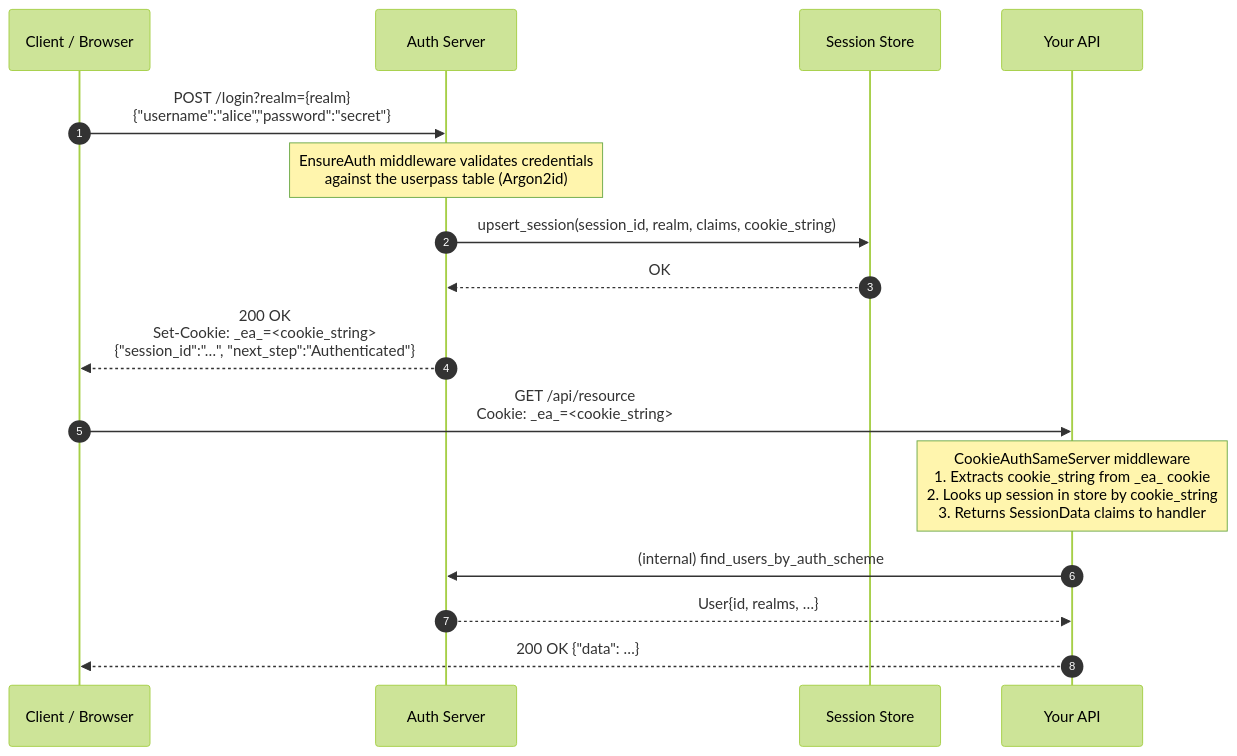
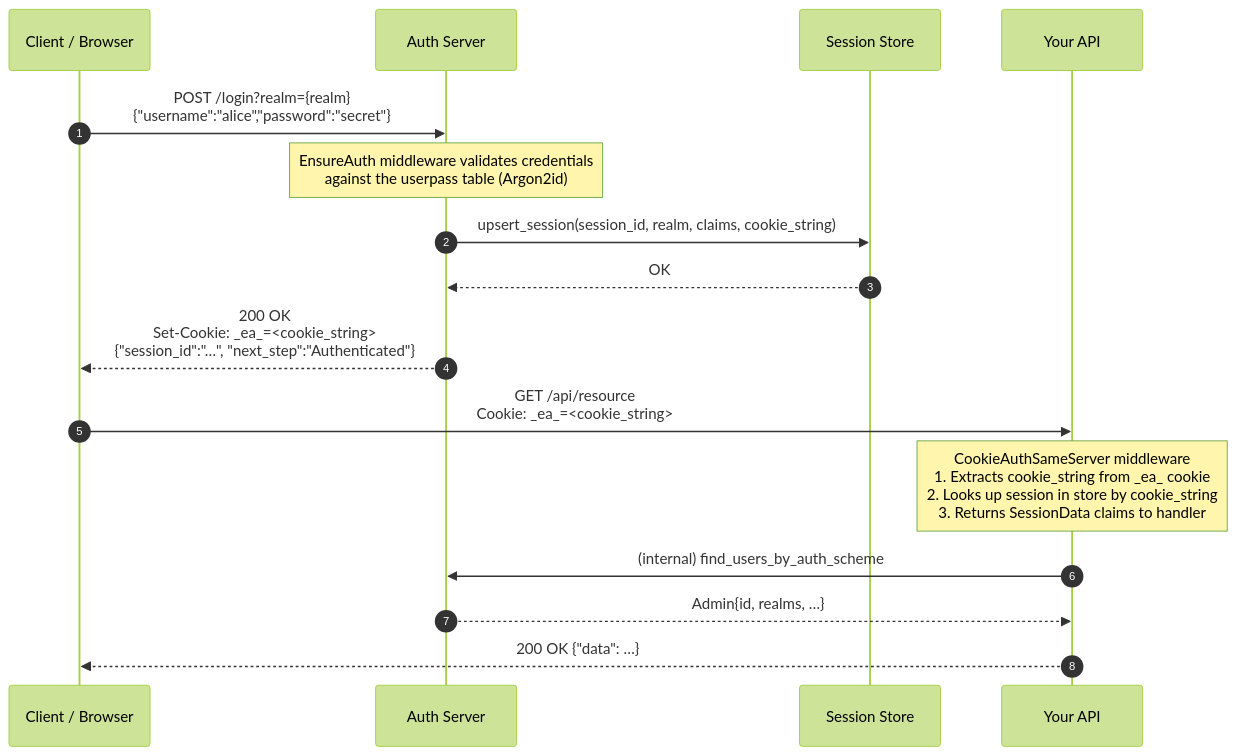
The first of 8 diagrams in server/documentation/authentication_flows.md (Cosmian/authentication), drawn with Mermaid (forest theme) before and after one commit. The commit also changed other lines of this file and 28 other files, not shown here.

Commit message:
Changed concept User to Admin

````diff
--- a/server/documentation/authentication_flows.md
+++ b/server/documentation/authentication_flows.md
@@ -38,20 +38,20 @@
 ```mermaid
 sequenceDiagram
     autonumber
     participant U as Client / Browser
     participant EA as Auth Server
     participant SS as Session Store
     participant API as Your API
 
     U->>EA: POST /login?realm={realm}<br/>{"username":"alice","password":"secret"}
     note over EA: EnsureAuth middleware validates credentials<br/>against the userpass table (Argon2id)
     EA->>SS: upsert_session(session_id, realm, claims, cookie_string)
     SS-->>EA: OK
     EA-->>U: 200 OK<br/>Set-Cookie: _ea_=<cookie_string><br/>{"session_id":"…", "next_step":"Authenticated"}
 
     U->>API: GET /api/resource<br/>Cookie: _ea_=<cookie_string>
     note over API: CookieAuthSameServer middleware<br/>1. Extracts cookie_string from _ea_ cookie<br/>2. Looks up session in store by cookie_string<br/>3. Returns SessionData claims to handler
     API->>EA: (internal) find_users_by_auth_scheme
-    EA-->>API: User{id, realms, …}
+    EA-->>API: Admin{id, realms, …}
     API-->>U: 200 OK  {"data": …}
 ```
````
